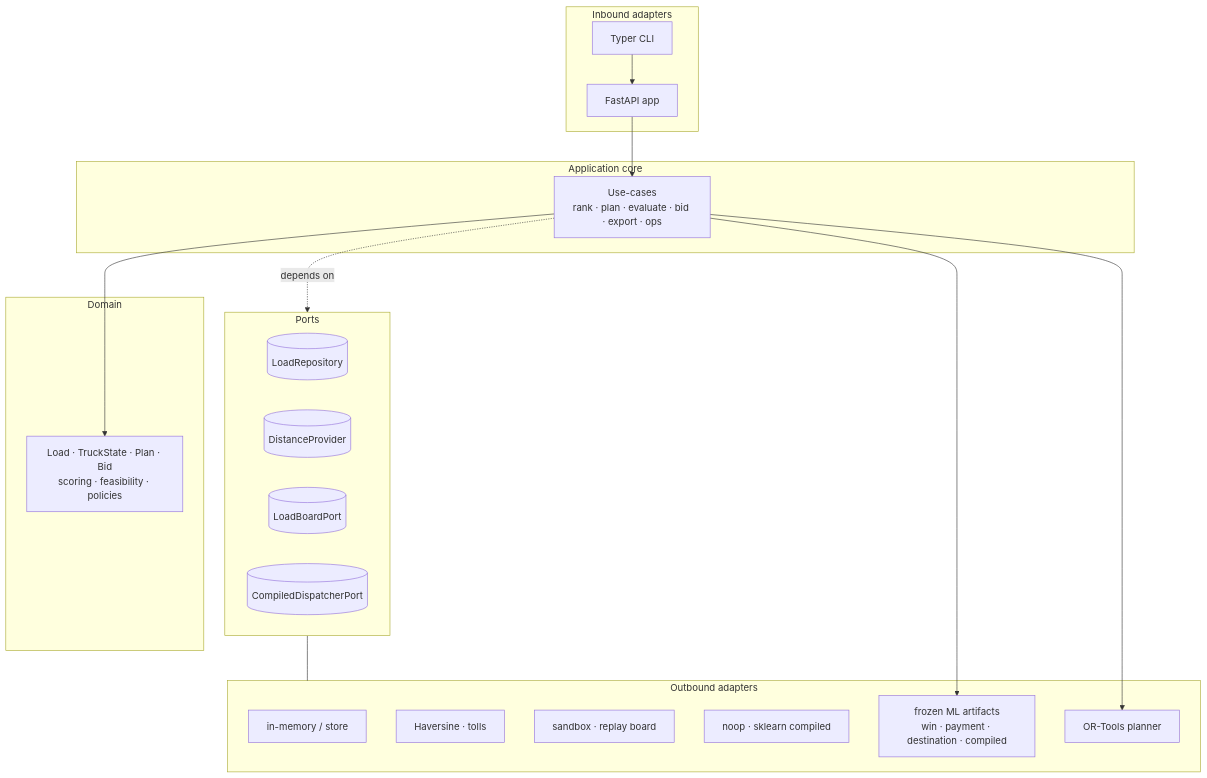
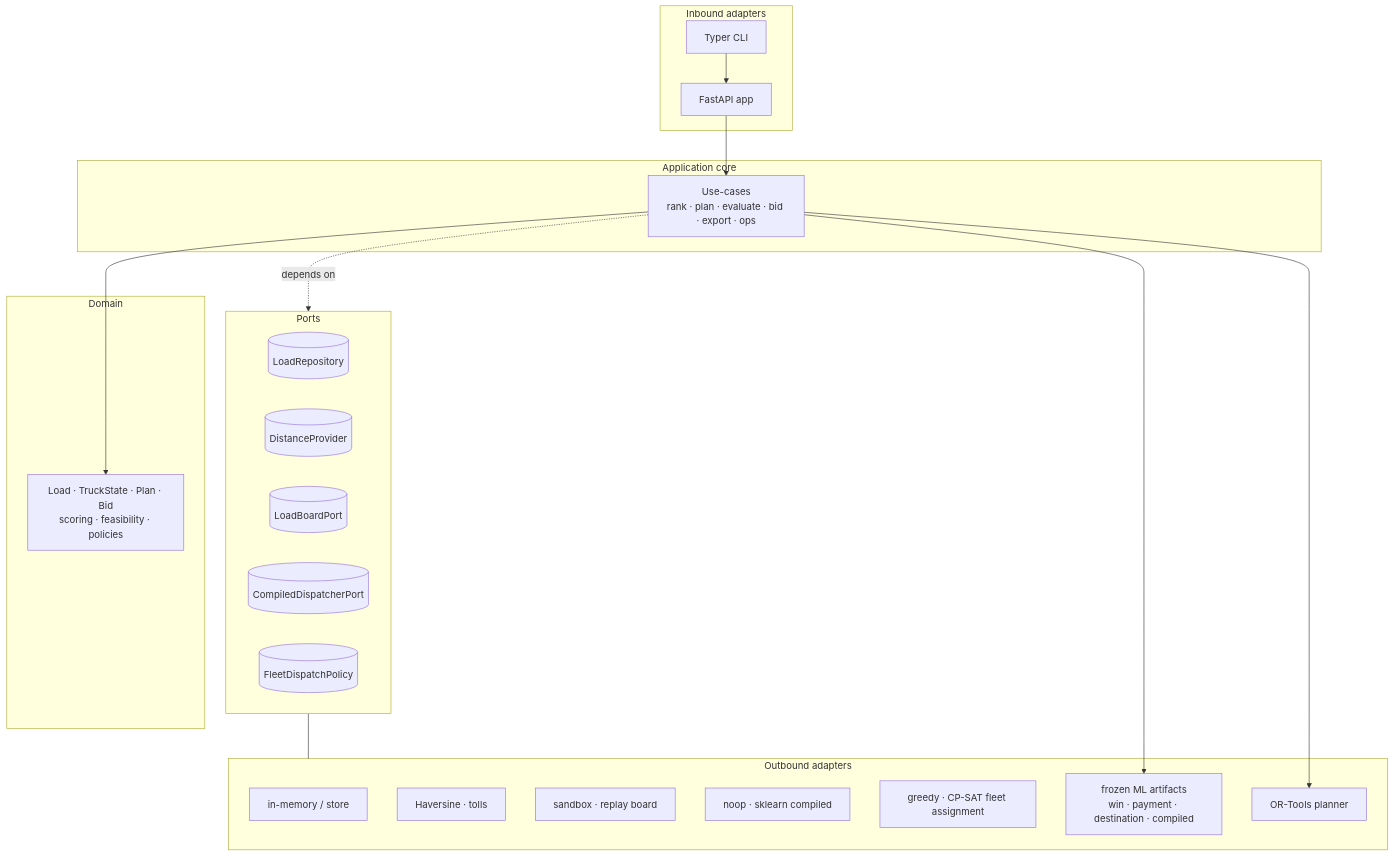
The diagram in ARCHITECTURE.md (selleckelliott/freightbid_agent), drawn with Mermaid before and after one commit. The commit also changed other lines of this file and 2 other files, not shown here.

First line of the commit message:
docs: Phase 8.4 presentation and wrap (fleet dispatch capstone) (#62)

````diff
--- a/ARCHITECTURE.md
+++ b/ARCHITECTURE.md
@@ -44,32 +46,34 @@
 ```mermaid
 flowchart TB
     subgraph Edge[Inbound adapters]
         CLI[Typer CLI]
         API[FastAPI app]
     end
     subgraph App[Application core]
         UC[Use-cases<br/>rank · plan · evaluate · bid · export · ops]
     end
     subgraph Domain[Domain]
         DOM[Load · TruckState · Plan · Bid<br/>scoring · feasibility · policies]
     end
     subgraph Ports[Ports]
         P1[(LoadRepository)]
         P2[(DistanceProvider)]
         P3[(LoadBoardPort)]
         P4[(CompiledDispatcherPort)]
+        P5[(FleetDispatchPolicy)]
     end
     subgraph Out[Outbound adapters]
         A1[in-memory / store]
         A2[Haversine · tolls]
         A3[sandbox · replay board]
         A4[noop · sklearn compiled]
+        A5[greedy · CP-SAT fleet assignment]
         ML[frozen ML artifacts<br/>win · payment · destination · compiled]
         OPT[OR-Tools planner]
     end
     CLI --> API --> UC --> DOM
     UC -. depends on .-> Ports
     Ports --- Out
     UC --> OPT
     UC --> ML
 ```
````
